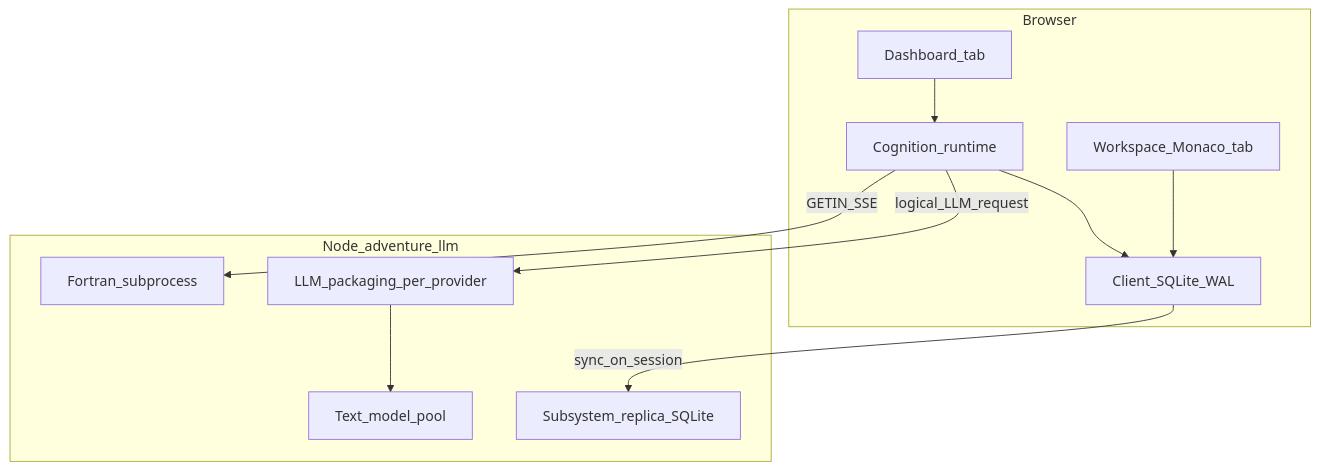
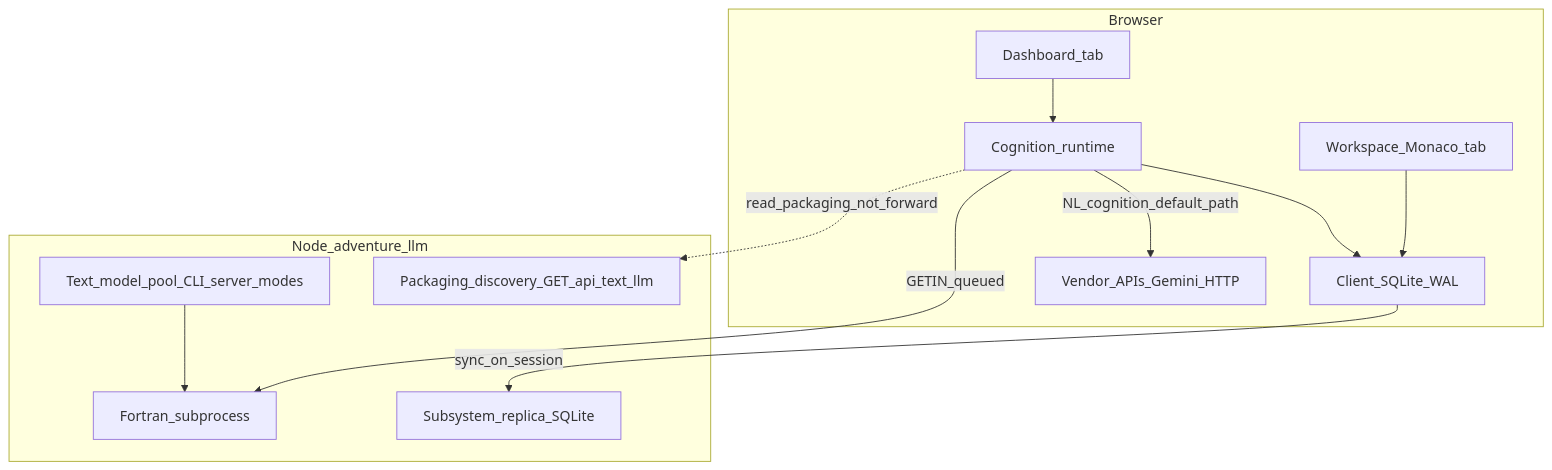
One commit to betsalel-williamson/adventure changed the diagram in docs/architecture/adventure-nl-cognition-and-workspace.md. Above: the diagram before and after it, drawn with Mermaid. The commit also changed other lines of this file and 31 other files, not shown here.

First line of the commit message:
feat: deprecate server-forward NL cognition in favor of browser-based processing

````diff
--- a/docs/architecture/adventure-nl-cognition-and-workspace.md
+++ b/docs/architecture/adventure-nl-cognition-and-workspace.md
@@ -44,22 +45,24 @@
 ```mermaid
 flowchart TB
   subgraph browser [Browser]
     Dash[Dashboard_tab]
     Ws[Workspace_Monaco_tab]
     Sqlite[Client_SQLite_WAL]
     Cognition[Cognition_runtime]
+    Vendors[Vendor_APIs_Gemini_HTTP]
     Dash --> Cognition
     Ws --> Sqlite
     Cognition --> Sqlite
+    Cognition -->|"NL_cognition_default_path"| Vendors
   end
   subgraph node [Node_adventure_llm]
     Fortran[Fortran_subprocess]
-    Pool[Text_model_pool]
-    Pack[LLM_packaging_per_provider]
+    Pool[Text_model_pool_CLI_server_modes]
+    Discover[Packaging_discovery_GET_api_text_llm]
     Replica[Subsystem_replica_SQLite]
   end
-  Cognition -->|"logical_LLM_request"| Pack
-  Pack --> Pool
-  Cognition -->|"GETIN_SSE"| Fortran
+  Cognition -->|"GETIN_queued"| Fortran
+  Cognition -.->|"read_packaging_not_forward"| Discover
+  Pool --> Fortran
   Sqlite -->|"sync_on_session"| Replica
 ```
````
